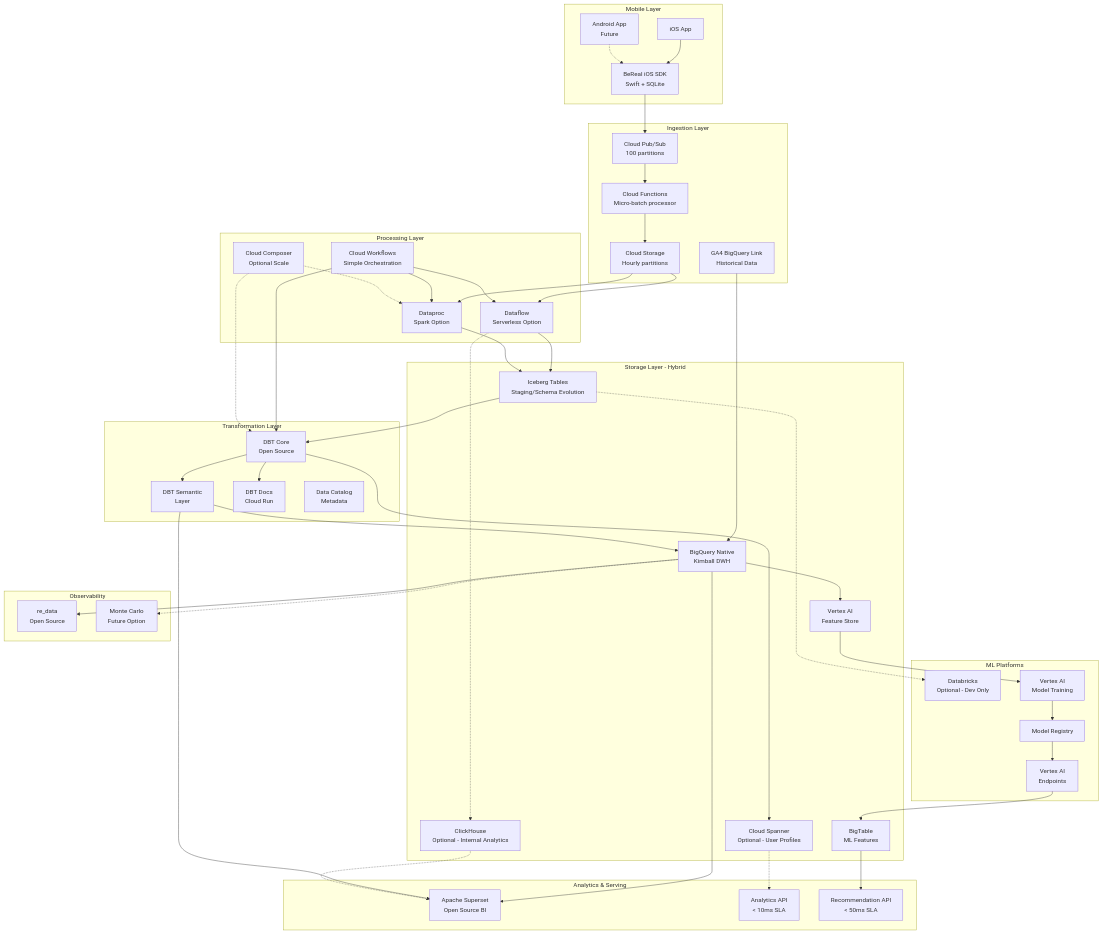
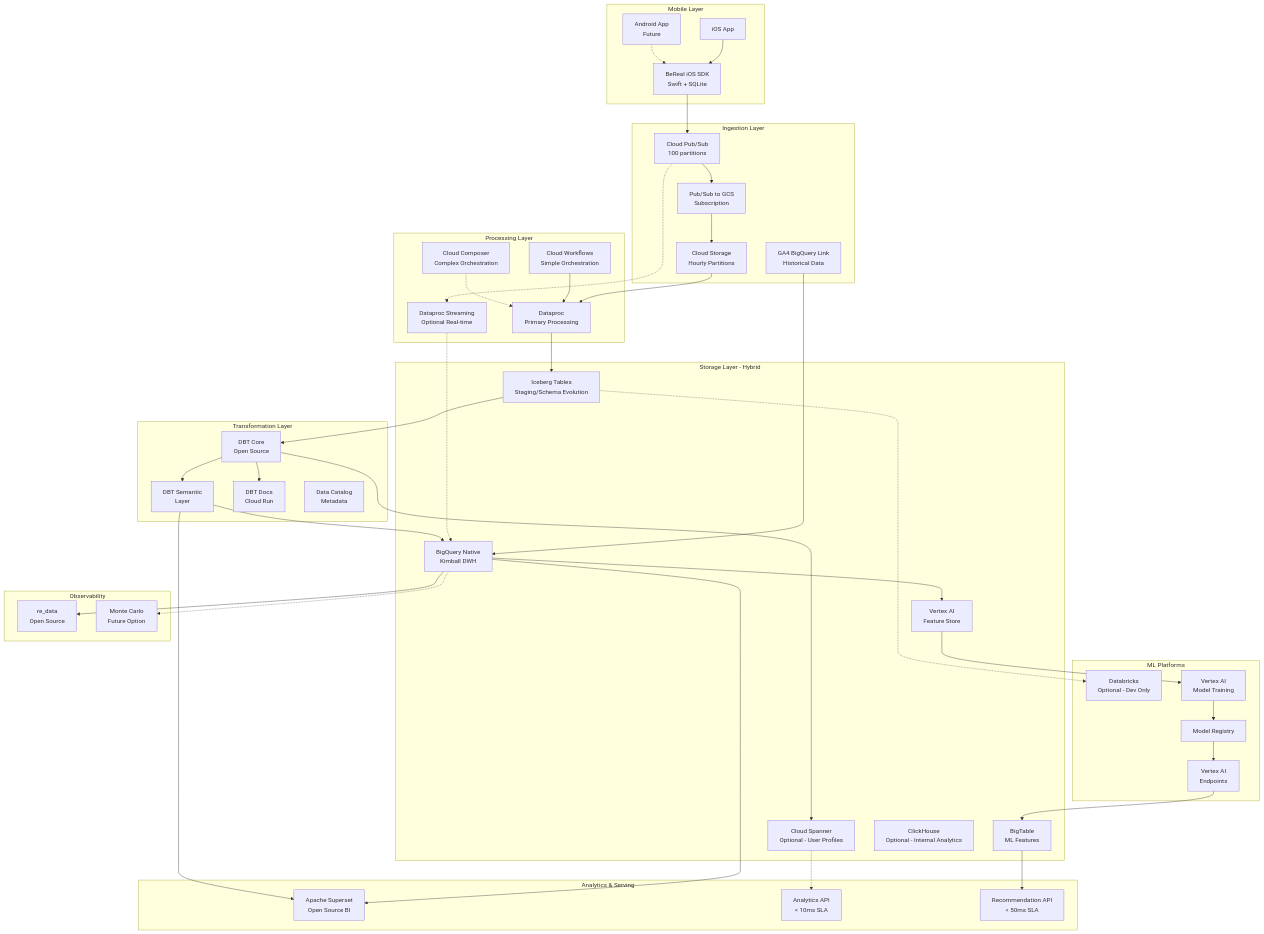
Before and after one commit to sitelight/jean-notes: the second of 18 diagrams in ARCHITECTURE.md, drawn with Mermaid. The commit also changed other lines of this file, not shown here.

````diff
--- a/ARCHITECTURE.md
+++ b/ARCHITECTURE.md
@@ -82,16 +89,16 @@
     
     subgraph "Ingestion Layer"
         PS[Cloud Pub/Sub<br/>100 partitions]
-        CF[Cloud Functions<br/>Micro-batch processor]
-        CS[Cloud Storage<br/>Hourly partitions]
+        PSS[Pub/Sub to GCS<br/>Subscription]
+        CS[Cloud Storage<br/>Hourly Partitions]
         GA4[GA4 BigQuery Link<br/>Historical Data]
     end
     
     subgraph "Processing Layer"
-        DF[Dataflow<br/>Serverless Option]
-        DP[Dataproc<br/>Spark Option]
-        COMP[Cloud Composer<br/>Optional Scale]
+        DP[Dataproc<br/>Primary Processing]
+        DPS[Dataproc Streaming<br/>Optional Real-time]
         WF[Cloud Workflows<br/>Simple Orchestration]
+        COMP[Cloud Composer<br/>Complex Orchestration]
     end
     
     subgraph "Storage Layer - Hybrid"
@@ -132,17 +139,14 @@
     Android -.-> SDK
     SDK --> PS
     GA4 --> BQ
-    PS --> CF
-    CF --> CS
-    CS --> DF
+    PS --> PSS
+    PS -.-> DPS
+    PSS --> CS
     CS --> DP
-    WF --> DF
     WF --> DP
-    WF --> DBTC
     COMP -.-> DP
-    COMP -.-> DBTC
-    DF --> ICE
     DP --> ICE
+    DPS -.-> BQ
     ICE --> DBTC
     DBTC --> DBTSL
     DBTSL --> BQ
@@ -158,8 +162,6 @@
     DBTSL --> SUP
     BT --> REC
     SP -.-> API
-    DF -.-> CH
-    CH -.-> SUP
     BQ --> RD
     BQ -.-> MC
 ```
````
